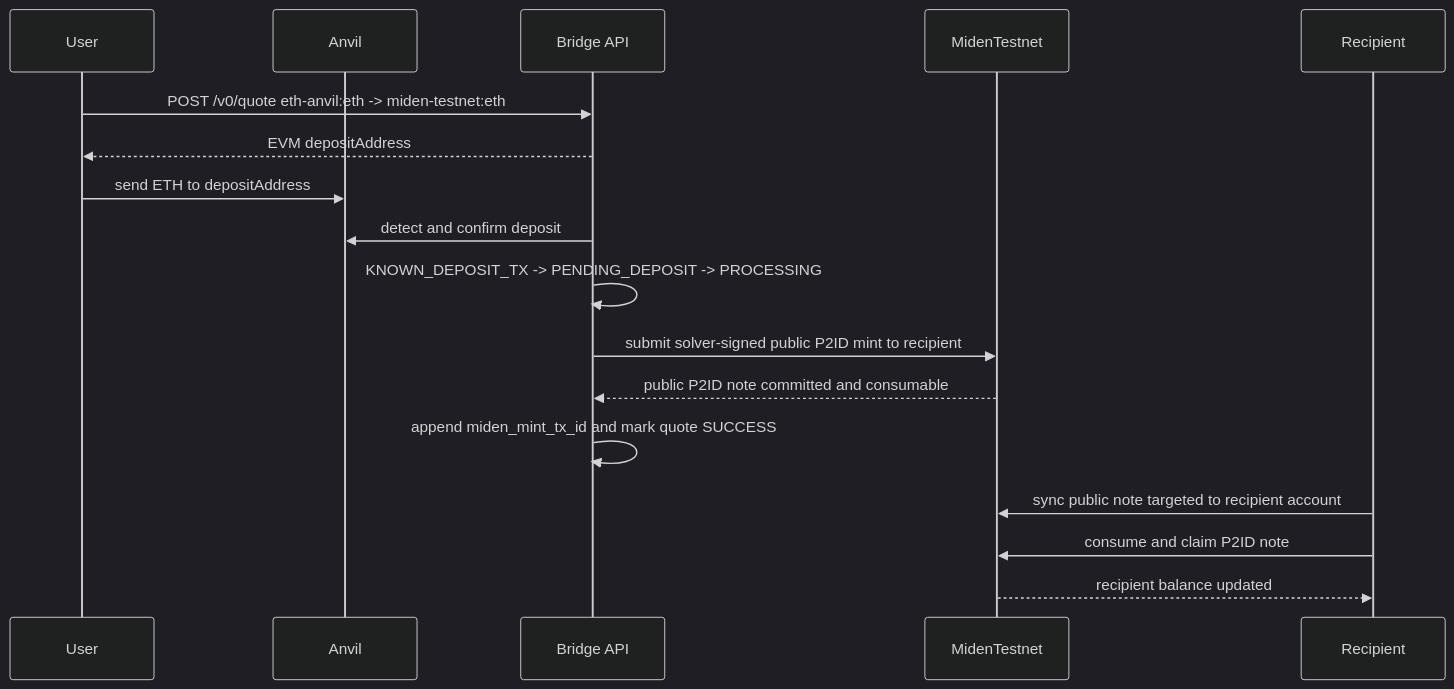
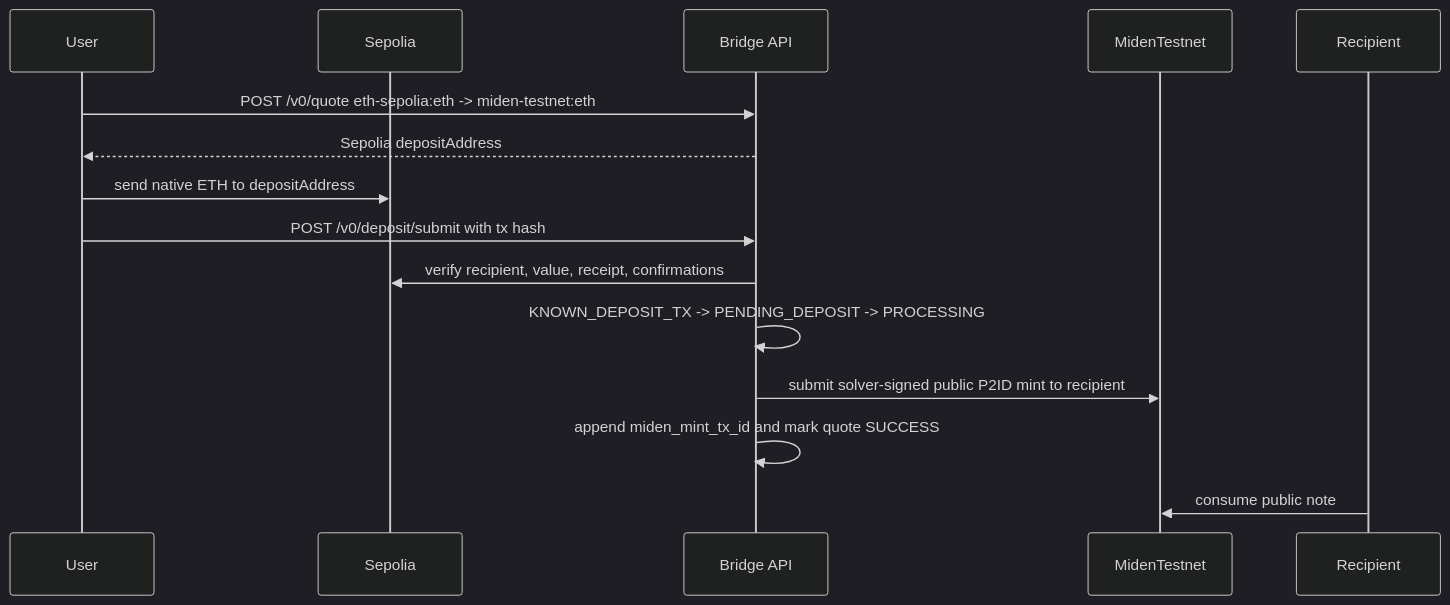
One commit to BrianSeong99/miden-testnet-bridge changed the first of 4 diagrams in docs/E2E_HANDOFF.md. Above: the diagram before and after it, drawn with Mermaid (dark theme). The commit also changed other lines of this file and 66 other files, not shown here.

First line of the commit message:
feat: ship Sepolia bridge lab baseline

````diff
--- a/docs/E2E_HANDOFF.md
+++ b/docs/E2E_HANDOFF.md
@@ -163,20 +102,18 @@
 ```mermaid
 sequenceDiagram
     participant User
-    participant Anvil
+    participant Sepolia
     participant BridgeAPI as Bridge API
     participant MidenTestnet
     participant Recipient
 
-    User->>BridgeAPI: POST /v0/quote eth-anvil:eth -> miden-testnet:eth
-    BridgeAPI-->>User: EVM depositAddress
-    User->>Anvil: send ETH to depositAddress
-    BridgeAPI->>Anvil: detect and confirm deposit
+    User->>BridgeAPI: POST /v0/quote eth-sepolia:eth -> miden-testnet:eth
+    BridgeAPI-->>User: Sepolia depositAddress
+    User->>Sepolia: send native ETH to depositAddress
+    User->>BridgeAPI: POST /v0/deposit/submit with tx hash
+    BridgeAPI->>Sepolia: verify recipient, value, receipt, confirmations
     BridgeAPI->>BridgeAPI: KNOWN_DEPOSIT_TX -> PENDING_DEPOSIT -> PROCESSING
     BridgeAPI->>MidenTestnet: submit solver-signed public P2ID mint to recipient
-    MidenTestnet-->>BridgeAPI: public P2ID note committed and consumable
     BridgeAPI->>BridgeAPI: append miden_mint_tx_id and mark quote SUCCESS
-    Recipient->>MidenTestnet: sync public note targeted to recipient account
-    Recipient->>MidenTestnet: consume and claim P2ID note
-    MidenTestnet-->>Recipient: recipient balance updated
+    Recipient->>MidenTestnet: consume public note
 ```
````
